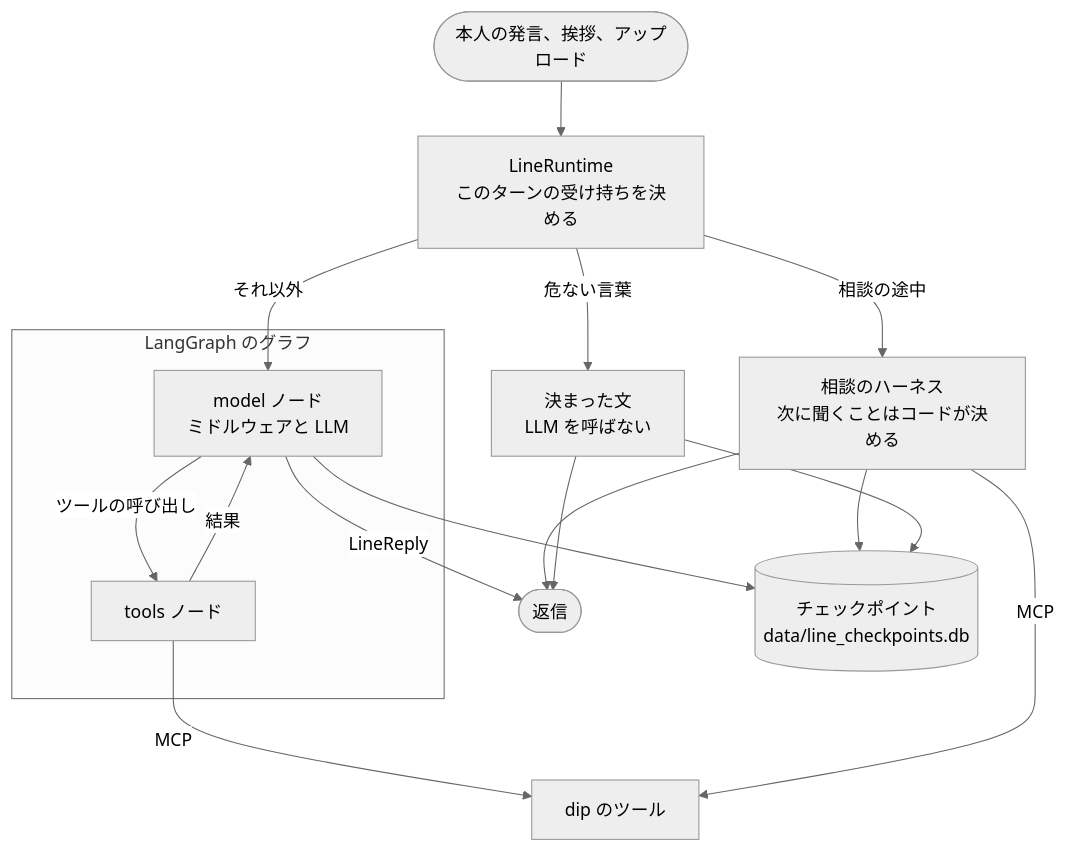
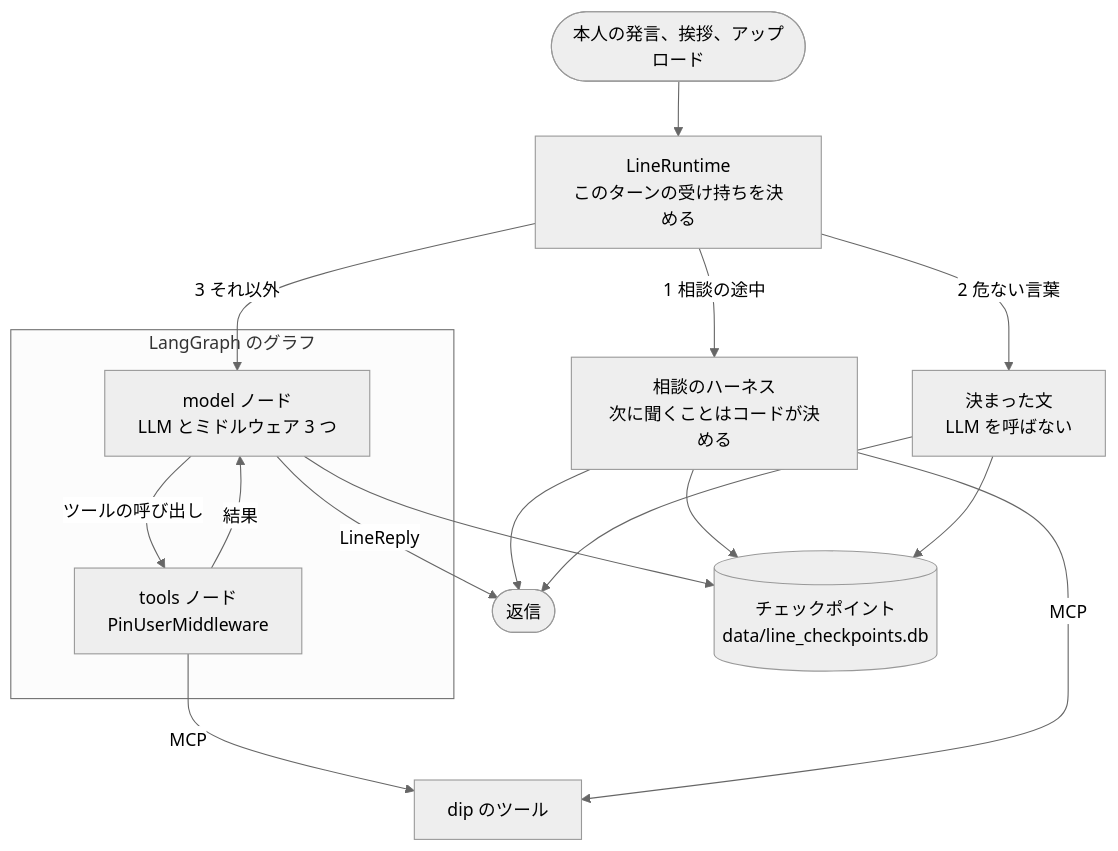
The second of 2 diagrams in README.md (jyoka/aica), drawn with Mermaid (neutral theme) before and after one commit. The commit also changed other lines of this file, not shown here.

Commit message:
LangGraph の図を、ターンの受け持ちの順とミドルウェアの場所に合わせる

````diff
--- a/README.md
+++ b/README.md
@@ -47,19 +47,19 @@
 ```mermaid
 flowchart TD
     input(["本人の発言、挨拶、アップロード"]) --> rt["LineRuntime<br/>このターンの受け持ちを決める"]
-    rt -- "危ない言葉" --> fixed["決まった文<br/>LLM を呼ばない"]
-    rt -- "相談の途中" --> harness["相談のハーネス<br/>次に聞くことはコードが決める"]
-    rt -- "それ以外" --> model
+    rt -- "1 相談の途中" --> harness["相談のハーネス<br/>次に聞くことはコードが決める"]
+    rt -- "2 危ない言葉" --> fixed["決まった文<br/>LLM を呼ばない"]
+    rt -- "3 それ以外" --> model
     subgraph lg["LangGraph のグラフ"]
-        model["model ノード<br/>ミドルウェアと LLM"] -- "ツールの呼び出し" --> tools["tools ノード"]
+        model["model ノード<br/>LLM とミドルウェア 3 つ"] -- "ツールの呼び出し" --> tools["tools ノード<br/>PinUserMiddleware"]
         tools -- "結果" --> model
     end
     tools -- "MCP" --> dip["dip のツール"]
     harness -- "MCP" --> dip
     model -- "LineReply" --> reply(["返信"])
     harness --> reply
     fixed --> reply
     model --> saver[("チェックポイント<br/>data/line_checkpoints.db")]
     harness --> saver
     fixed --> saver
 ```
````
